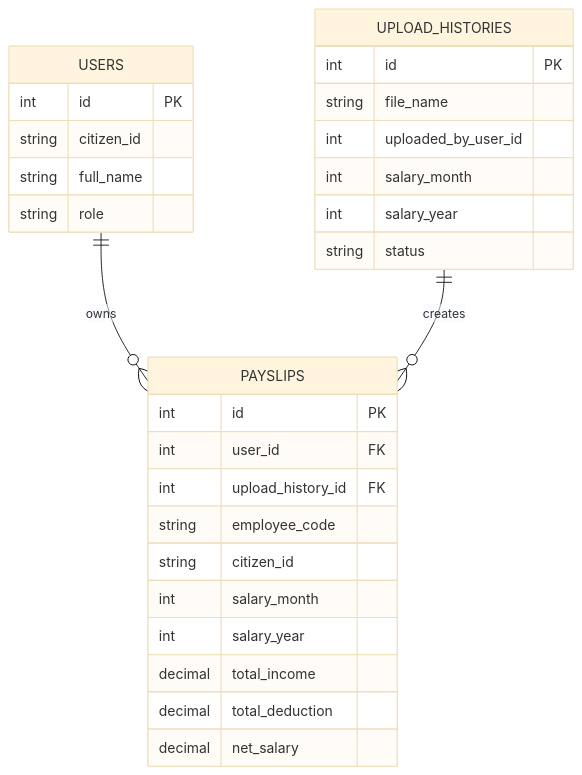
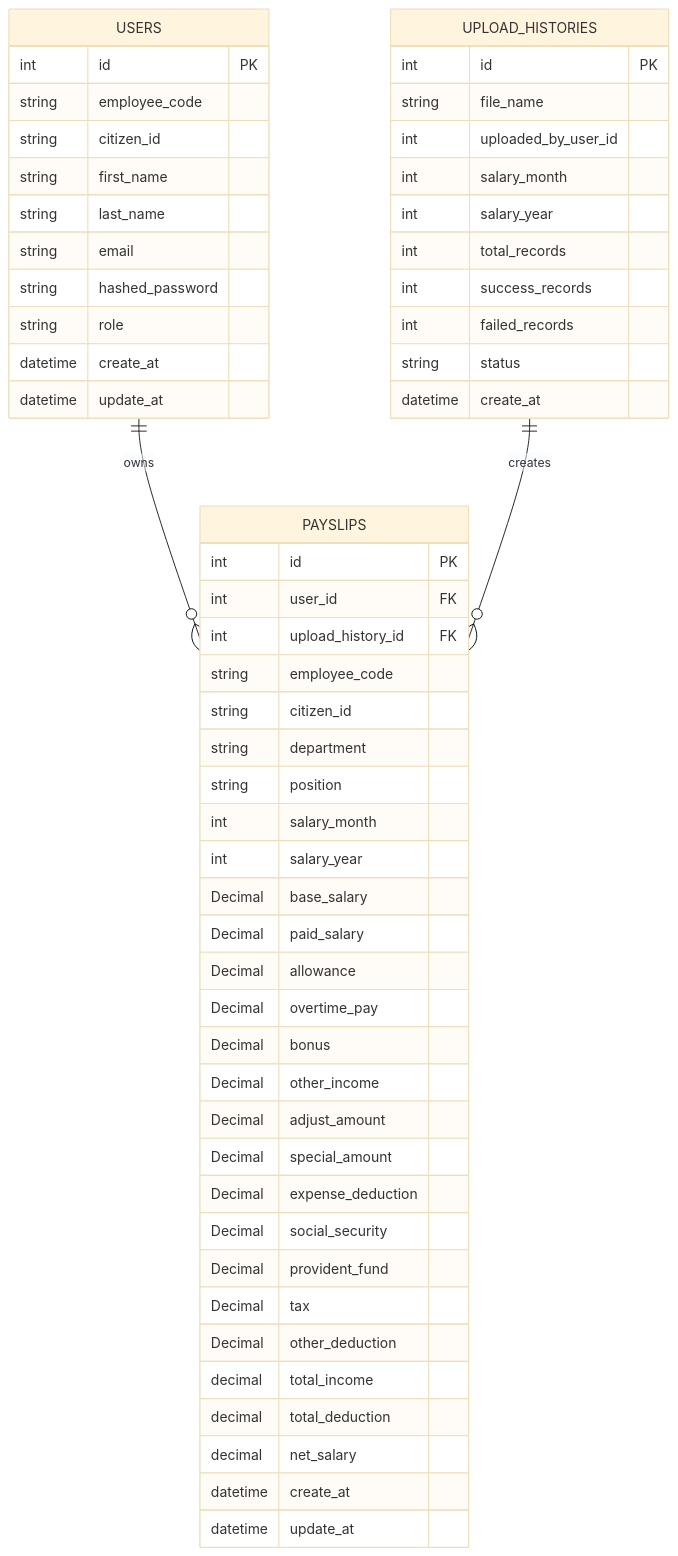
The diagram in README.md (Phetkla-B/payslip-system-fullstack), drawn with Mermaid (base theme) before and after one commit.

Commit message:
docs: edit project README

````diff
--- a/README.md
+++ b/README.md
@@ -116,35 +116,62 @@
 ```mermaid
 erDiagram
 
     USERS ||--o{ PAYSLIPS : owns
     UPLOAD_HISTORIES ||--o{ PAYSLIPS : creates
 
     USERS {
         int id PK
+        string employee_code
         string citizen_id
-        string full_name
+        string first_name
+        string last_name
+        string email
+        string hashed_password
         string role
+        datetime create_at
+        datetime update_at
     }
 
     PAYSLIPS {
         int id PK
         int user_id FK
         int upload_history_id FK
         string employee_code
         string citizen_id
+        string department
+        string position
         int salary_month
         int salary_year
+        Decimal base_salary
+        Decimal paid_salary
+        Decimal allowance
+        Decimal overtime_pay
+        Decimal bonus
+        Decimal other_income
+        Decimal adjust_amount
+        Decimal special_amount
+        Decimal expense_deduction
+        Decimal social_security
+        Decimal provident_fund
+        Decimal tax
+        Decimal other_deduction
         decimal total_income
         decimal total_deduction
         decimal net_salary
+        datetime create_at
+        datetime update_at
     }
 
     UPLOAD_HISTORIES {
         int id PK
         string file_name
         int uploaded_by_user_id
         int salary_month
         int salary_year
+        int total_records
+        int success_records
+        int failed_records
         string status
+        datetime create_at
     }
 ```
````
